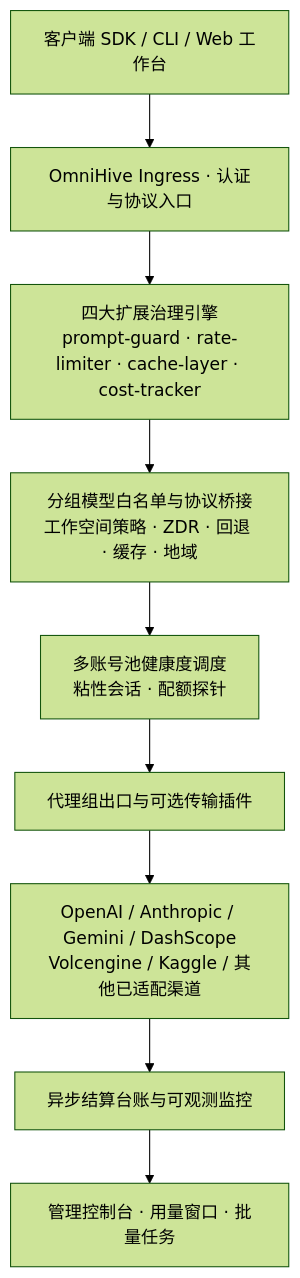
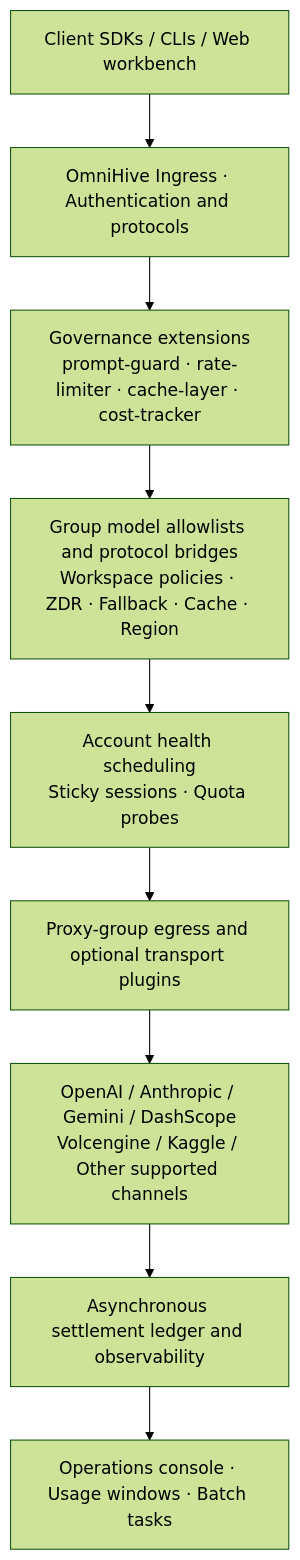
The diagram in README.md (guanwenpeng2001-bot/OMNIHIVE-AI-GW), drawn with Mermaid (forest theme) before and after one commit. The commit also changed other lines of this file and 69 other files, not shown here.

Commit message:
docs: prepare OmniHive project homepage and contributor guides for v0.3.0

````diff
--- a/README.md
+++ b/README.md
@@ -38,11 +27,11 @@
 ```mermaid
 flowchart TD
-    Clients["客户端 SDK / CLI / Web 工作台"] --> Ingress["OmniHive Ingress · 认证与协议入口"]
-    Ingress --> Engines["四大扩展治理引擎<br/>prompt-guard · rate-limiter · cache-layer · cost-tracker"]
-    Engines --> Groups["分组模型白名单与协议桥接<br/>工作空间策略 · ZDR · 回退 · 缓存 · 地域"]
-    Groups --> Pools["多账号池健康度调度<br/>粘性会话 · 配额探针"]
-    Pools --> Egress["代理组出口与可选传输插件"]
-    Egress --> Providers["OpenAI / Anthropic / Gemini / DashScope<br/>Volcengine / Kaggle / 其他已适配渠道"]
-    Providers --> Ledger["异步结算台账与可观测监控"]
-    Ledger --> Console["管理控制台 · 用量窗口 · 批量任务"]
+    Clients["Client SDKs / CLIs / Web workbench"] --> Ingress["OmniHive Ingress · Authentication and protocols"]
+    Ingress --> Engines["Governance extensions<br/>prompt-guard · rate-limiter · cache-layer · cost-tracker"]
+    Engines --> Groups["Group model allowlists and protocol bridges<br/>Workspace policies · ZDR · Fallback · Cache · Region"]
+    Groups --> Pools["Account health scheduling<br/>Sticky sessions · Quota probes"]
+    Pools --> Egress["Proxy-group egress and optional transport plugins"]
+    Egress --> Providers["OpenAI / Anthropic / Gemini / DashScope<br/>Volcengine / Kaggle / Other supported channels"]
+    Providers --> Ledger["Asynchronous settlement ledger and observability"]
+    Ledger --> Console["Operations console · Usage windows · Batch tasks"]
 ```
````
